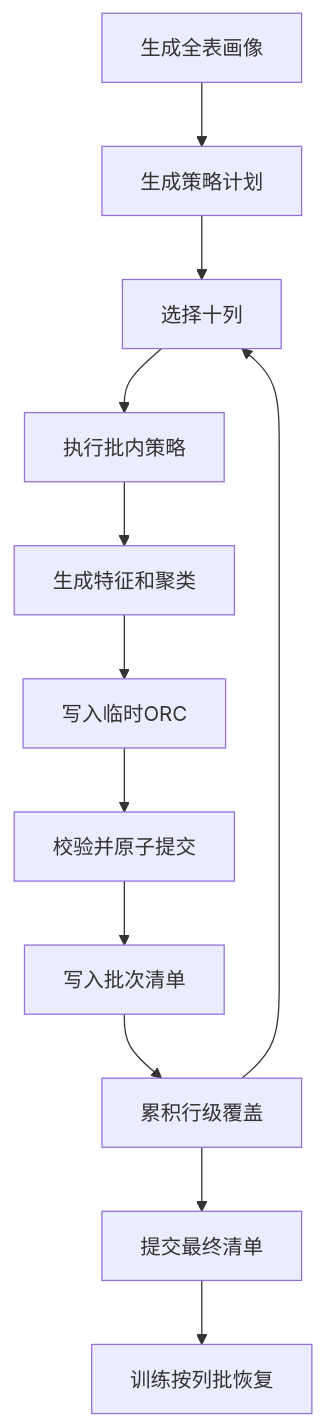
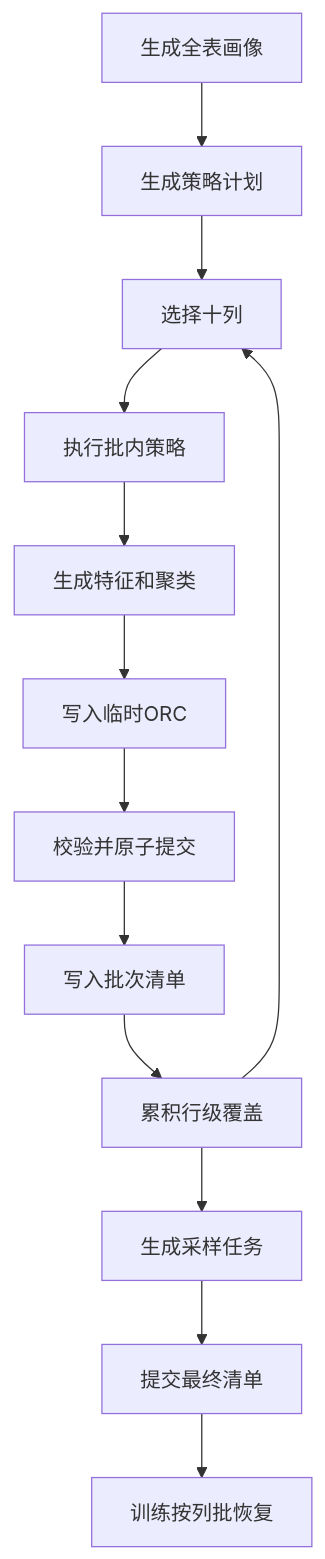
Before and after one commit to 18963603561/fmdb_udf_raha: the diagram in doc/20260723/快照检查点98万记录构成与优化分析-202607230610.md, drawn with Mermaid. The commit also changed other lines of this file and 25 other files, not shown here.

````diff
--- a/doc/20260723/快照检查点98万记录构成与优化分析-202607230610.md
+++ b/doc/20260723/快照检查点98万记录构成与优化分析-202607230610.md
@@ -344,25 +347,27 @@
 ```mermaid
 graph TD;
 n01[生成全表画像];
 n02[生成策略计划];
 n03[选择十列];
 n04[执行批内策略];
 n05[生成特征和聚类];
 n06[写入临时ORC];
 n07[校验并原子提交];
 n08[写入批次清单];
 n09[累积行级覆盖];
-n10[提交最终清单];
-n11[训练按列批恢复];
+n10[生成采样任务];
+n11[提交最终清单];
+n12[训练按列批恢复];
 n01 --> n02;
 n02 --> n03;
 n03 --> n04;
 n04 --> n05;
 n05 --> n06;
 n06 --> n07;
 n07 --> n08;
 n08 --> n09;
 n09 --> n03;
 n09 --> n10;
 n10 --> n11;
+n11 --> n12;
 ```
````
